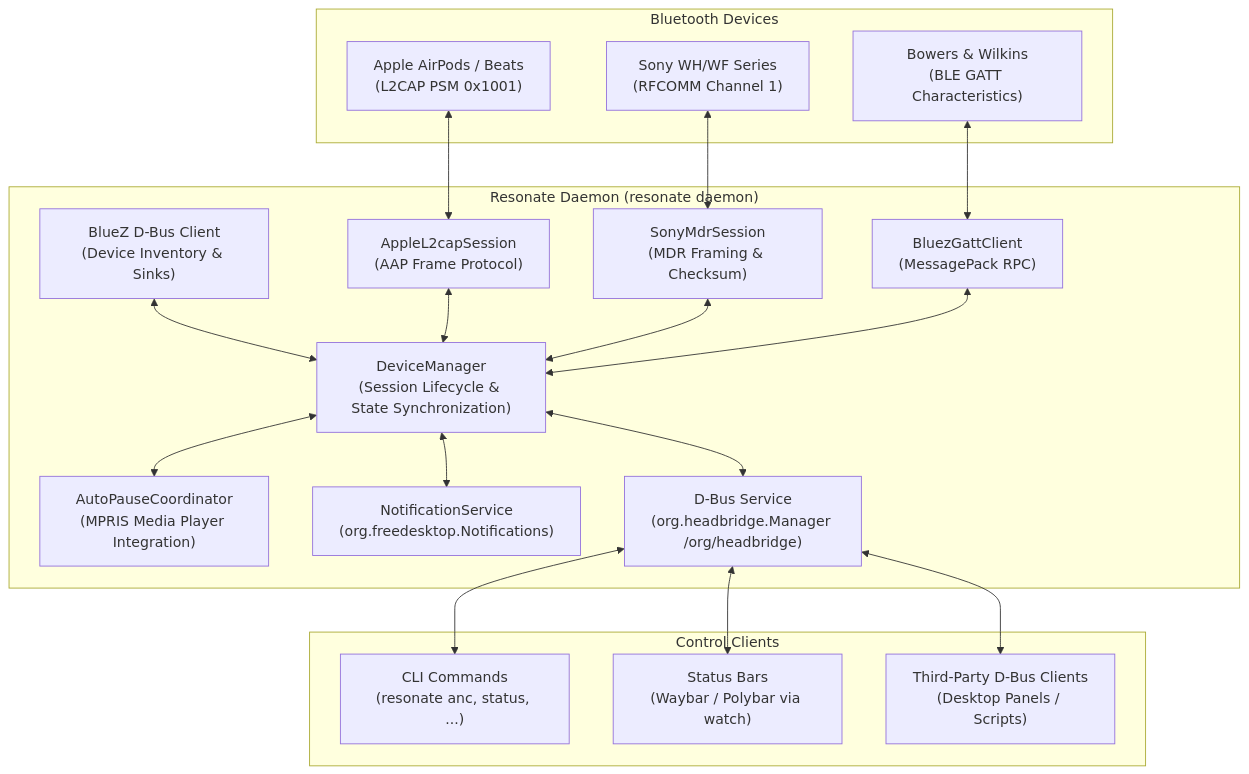
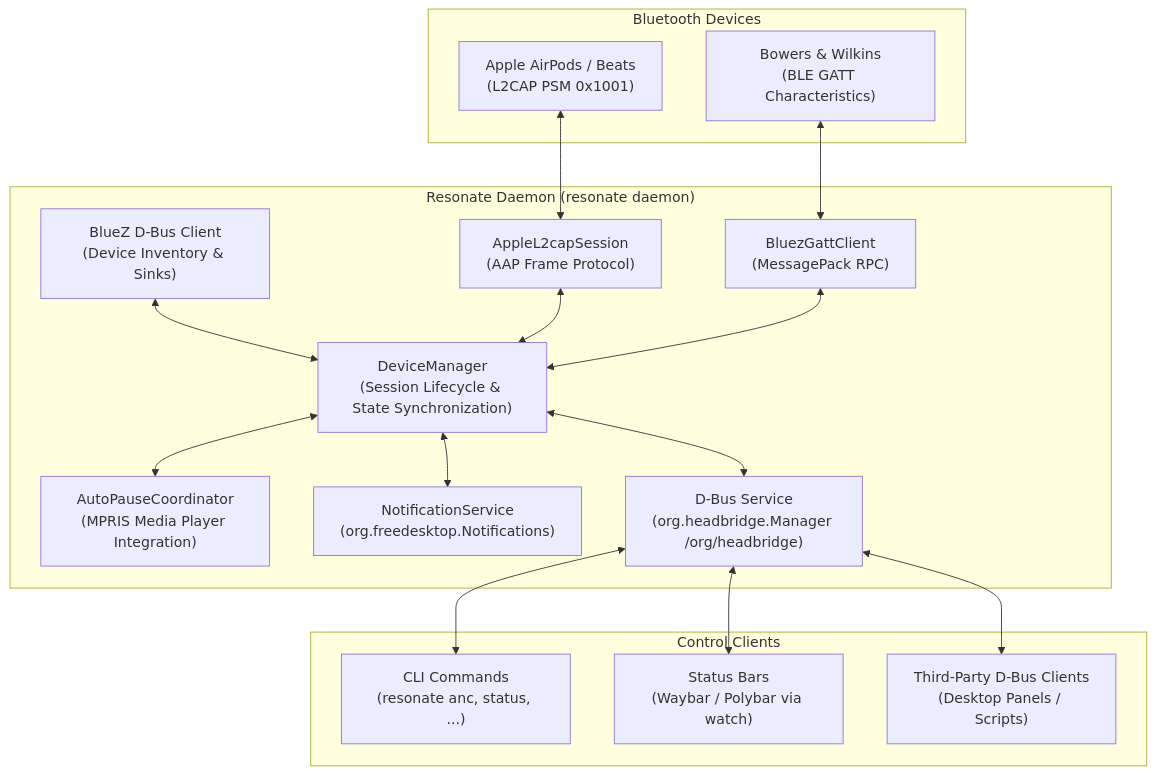
Before and after one commit to caughtquick/resonate: the diagram in README.md, drawn with Mermaid. The commit also changed other lines of this file and 55 other files, not shown here.

````diff
--- a/README.md
+++ b/README.md
@@ -51,39 +57,35 @@
 ```mermaid
 flowchart TD
     subgraph Hardware["Bluetooth Devices"]
         AP["Apple AirPods / Beats\n(L2CAP PSM 0x1001)"]
-        SN["Sony WH/WF Series\n(RFCOMM Channel 1)"]
         BW["Bowers & Wilkins\n(BLE GATT Characteristics)"]
     end
 
     subgraph Daemon["Resonate Daemon (resonate daemon)"]
         BZ["BlueZ D-Bus Client\n(Device Inventory & Sinks)"]
         MGR["DeviceManager\n(Session Lifecycle & State Synchronization)"]
         AP_S["AppleL2capSession\n(AAP Frame Protocol)"]
-        SN_S["SonyMdrSession\n(MDR Framing & Checksum)"]
         BW_S["BluezGattClient\n(MessagePack RPC)"]
         AP_CO["AutoPauseCoordinator\n(MPRIS Media Player Integration)"]
         NOTIF["NotificationService\n(org.freedesktop.Notifications)"]
         DBUS["D-Bus Service\n(org.headbridge.Manager /org/headbridge)"]
     end
 
     subgraph Clients["Control Clients"]
         CLI["CLI Commands\n(resonate anc, status, ...)"]
         BAR["Status Bars\n(Waybar / Polybar via watch)"]
         GUI["Third-Party D-Bus Clients\n(Desktop Panels / Scripts)"]
     end
 
     AP <--> AP_S
-    SN <--> SN_S
     BW <--> BW_S
     BZ <--> MGR
     AP_S <--> MGR
-    SN_S <--> MGR
     BW_S <--> MGR
     MGR <--> AP_CO
     MGR <--> NOTIF
     MGR <--> DBUS
     DBUS <--> CLI
     DBUS <--> BAR
     DBUS <--> GUI
 ```
````
